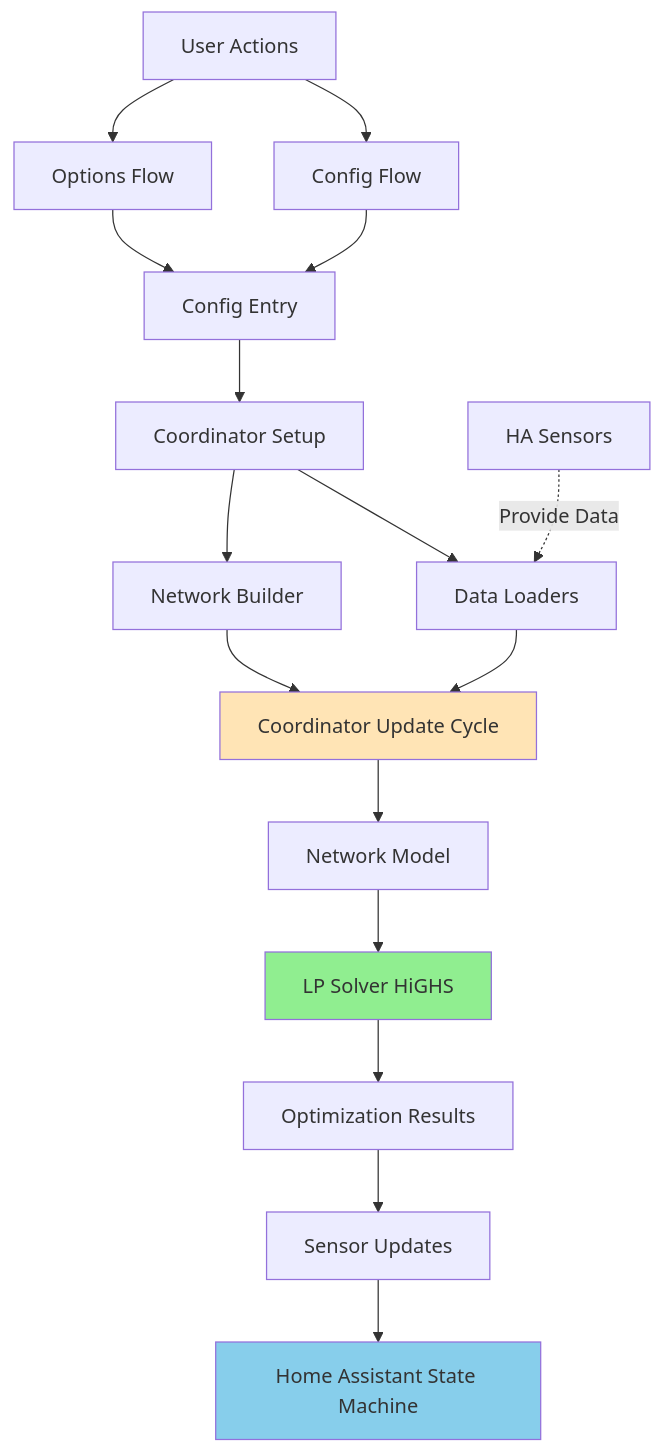
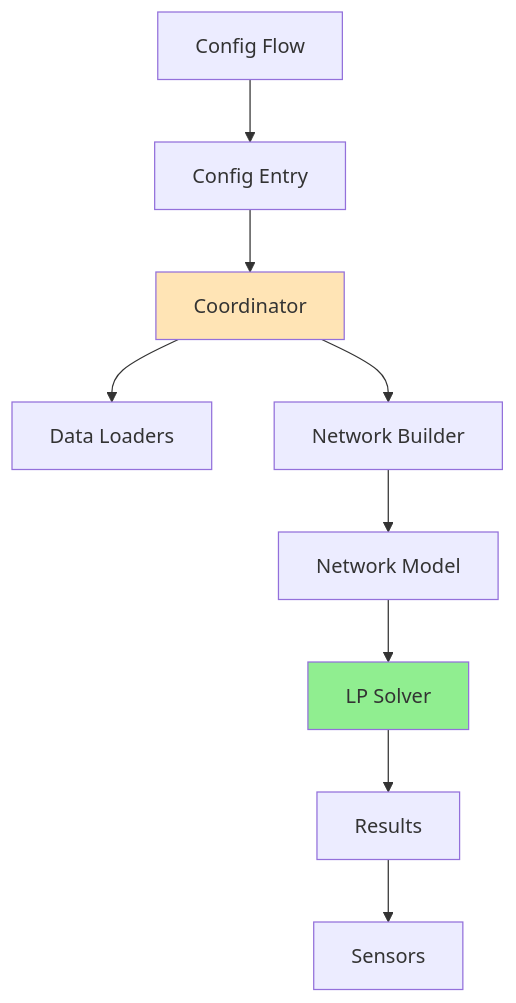
The diagram in docs/developer-guide/architecture.md (hass-energy/haeo), drawn with Mermaid before and after one commit. The commit also changed other lines of this file and 3 other files, not shown here.

````diff
--- a/docs/developer-guide/architecture.md
+++ b/docs/developer-guide/architecture.md
@@ -17,27 +7,14 @@
 ```mermaid
 graph TD
-    A[Config Flow] --> B[Config Entry]
-    B --> C[Coordinator Setup]
-    C --> D[Data Loaders]
-    C --> E[Network Builder]
-
-    D --> F[Coordinator Update Cycle]
-    E --> F
-
-    F --> G[Network Model]
-    G --> H[LP Solver HiGHS]
-    H --> I[Optimization Results]
-
-    I --> J[Sensor Updates]
-    J --> K[Home Assistant State Machine]
-
-    L[User Actions] --> A
-    L --> M[Options Flow]
-    M --> B
-
-    N[HA Sensors] -.->|Provide Data| D
-
-    style F fill:#FFE4B5
-    style H fill:#90EE90
-    style K fill:#87CEEB
+    CF[Config Flow] --> CE[Config Entry]
+    CE --> Coord[Coordinator]
+    Coord --> Loaders[Data Loaders]
+    Coord --> Builder[Network Builder]
+    Builder --> Model[Network Model]
+    Model --> Solver[LP Solver]
+    Solver --> Results[Results]
+    Results --> Sensors[Sensors]
+    
+    style Coord fill:#FFE4B5
+    style Solver fill:#90EE90
 ```
````
